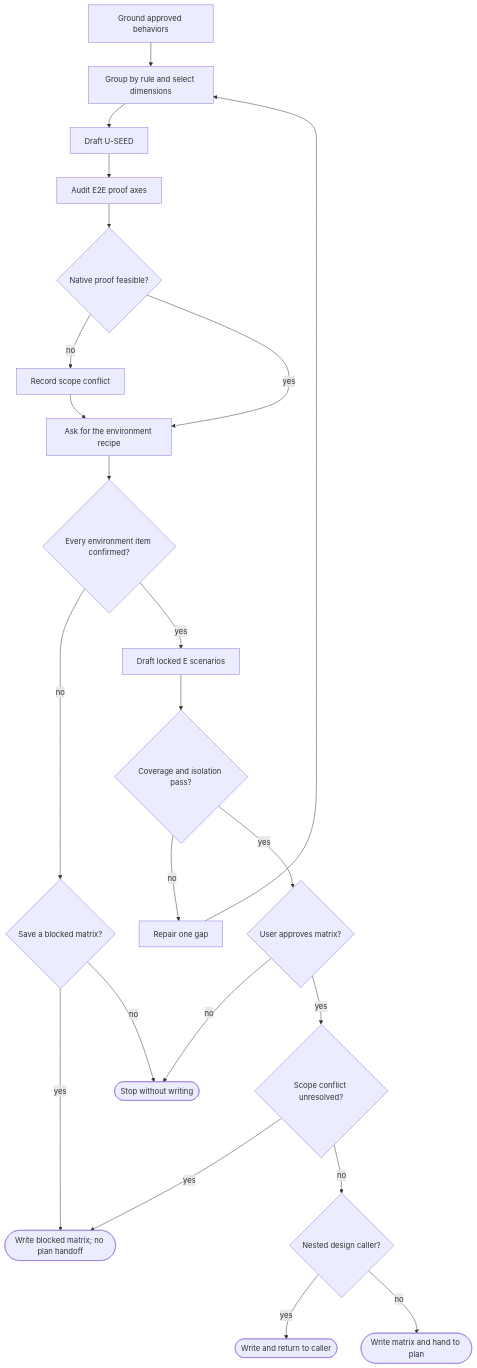
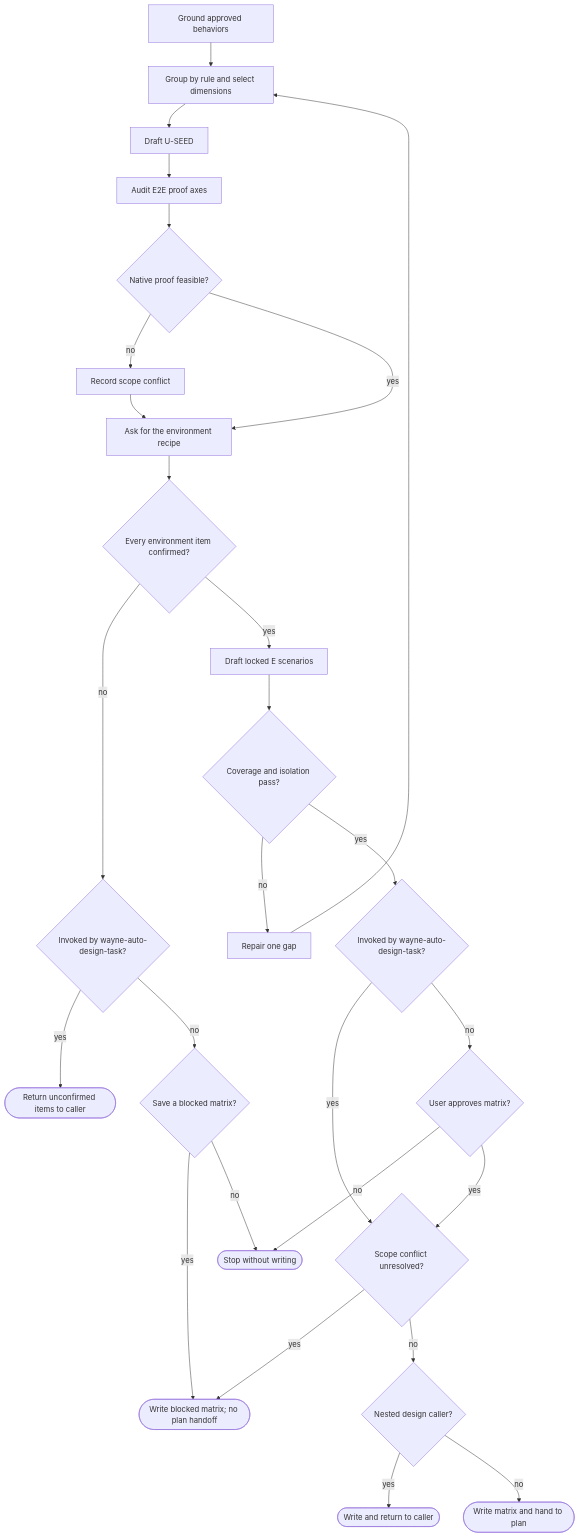
Before and after one commit to waynejing995/wayne-taste: the diagram in wayne-test-design/SKILL.md, drawn with Mermaid. The commit also changed other lines of this file and 6 other files, not shown here.

First line of the commit message:
feat:/wayne-auto-design-task - fusion ends in a real design.md

````diff
--- a/wayne-test-design/SKILL.md
+++ b/wayne-test-design/SKILL.md
@@ -106,41 +106,48 @@
 ```mermaid
 flowchart TB
     A["Ground approved behaviors"]
     B["Group by rule and select dimensions"]
     C["Draft U-SEED"]
     D["Audit E2E proof axes"]
     E{"Native proof feasible?"}
     X["Record scope conflict"]
     Q["Ask for the environment recipe"]
     QD{"Every environment item confirmed?"}
+    QC{"Invoked by wayne-auto-design-task?"}
+    RU(["Return unconfirmed items to caller"])
     PB{"Save a blocked matrix?"}
     F["Draft locked E scenarios"]
     G{"Coverage and isolation pass?"}
     R["Repair one gap"]
+    HC{"Invoked by wayne-auto-design-task?"}
     H{"User approves matrix?"}
     I{"Scope conflict unresolved?"}
     J{"Nested design caller?"}
     K(["Write blocked matrix; no plan handoff"])
     M(["Write and return to caller"])
     S(["Stop without writing"])
     W(["Write matrix and hand to plan"])
     A --> B --> C --> D --> E
     E -->|"no"| X
     E -->|"yes"| Q
     X --> Q
     Q --> QD
-    QD -->|"no"| PB
+    QD -->|"no"| QC
+    QC -->|"yes"| RU
+    QC -->|"no"| PB
     PB -->|"yes"| K
     PB -->|"no"| S
     QD -->|"yes"| F
     F --> G
     G -->|"no"| R
     R --> B
-    G -->|"yes"| H
+    G -->|"yes"| HC
+    HC -->|"yes"| I
+    HC -->|"no"| H
     H -->|"no"| S
     H -->|"yes"| I
     I -->|"yes"| K
     I -->|"no"| J
     J -->|"yes"| M
     J -->|"no"| W
 ```
````
